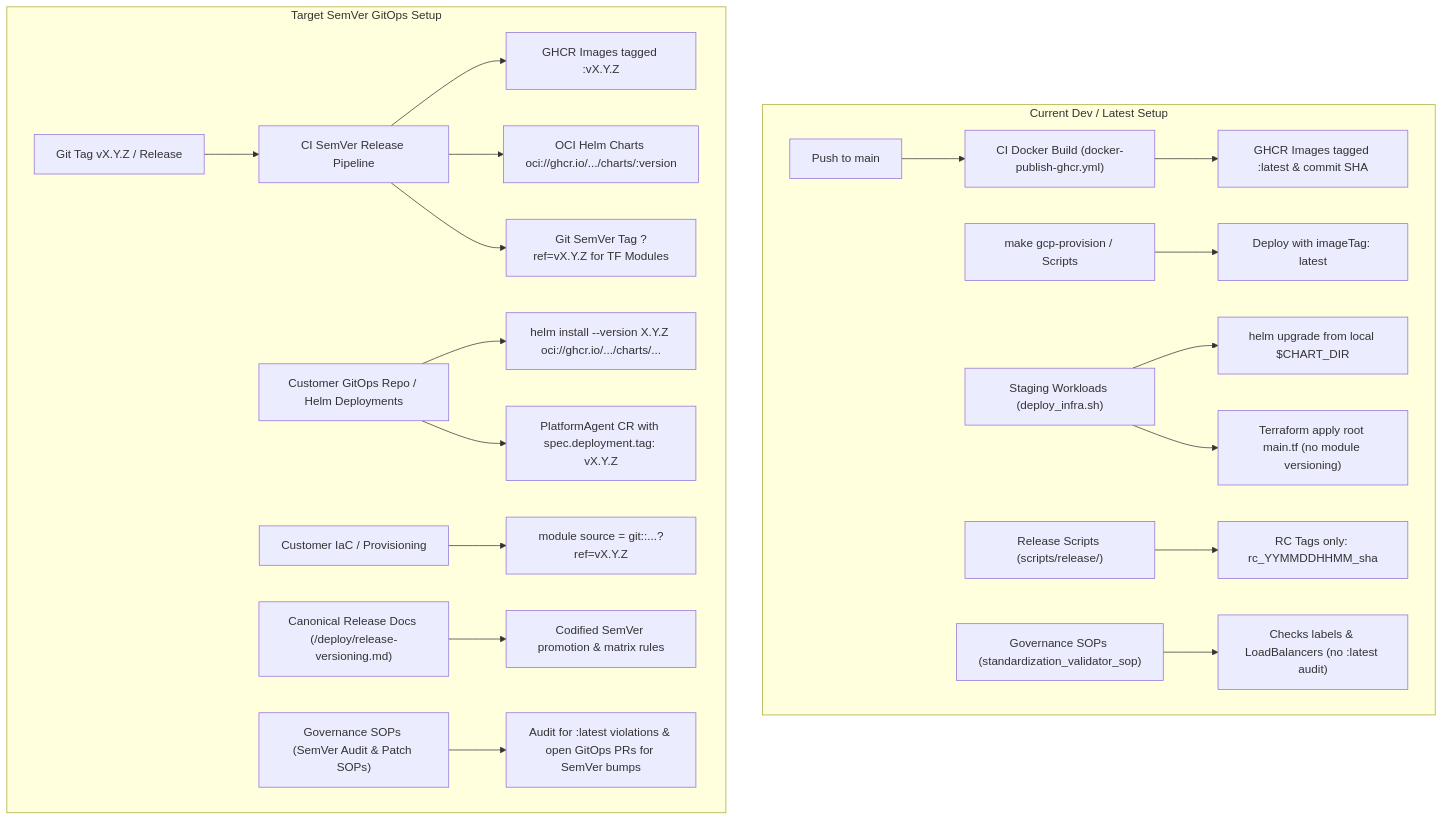
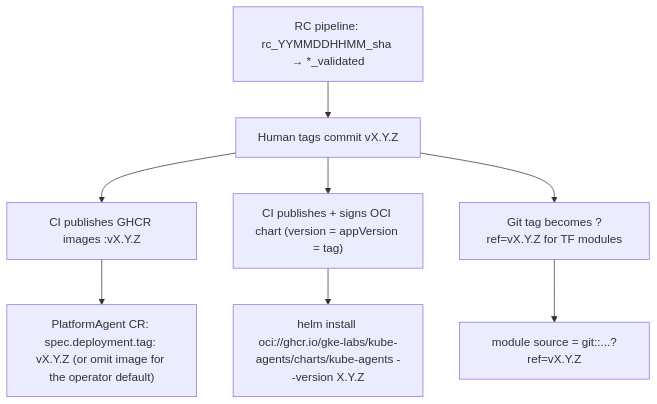
The diagram in docs/designs/semver-deployment-versioning.md (AntonTyb/kube-agents), drawn with Mermaid before and after one commit. The commit also changed other lines of this file and 6 other files, not shown here.

````diff
--- a/docs/designs/semver-deployment-versioning.md
+++ b/docs/designs/semver-deployment-versioning.md
@@ -51,26 +51,10 @@
 ```mermaid
 graph TD
-    subgraph Current_Dev_Deployment ["Current Dev / Latest Setup"]
-        A1[Push to main] --> B1["CI Docker Build (docker-publish-ghcr.yml)"]
-        B1 --> C1["GHCR Images tagged :latest & commit SHA"]
-        D1["make gcp-provision / Scripts"] --> E1["Deploy with imageTag: latest"]
-        F1["Staging Workloads (deploy_infra.sh)"] --> G1["helm upgrade from local $CHART_DIR"]
-        F1 --> H1["Terraform apply root main.tf (no module versioning)"]
-        K1["Release Scripts (scripts/release/)"] --> L1["RC Tags only: rc_YYMMDDHHMM_sha"]
-        M1["Governance SOPs (standardization_validator_sop)"] --> N1["Checks labels & LoadBalancers (no :latest audit)"]
-    end
-
-    subgraph SemVer_Target_Deployment ["Target SemVer GitOps Setup"]
-        A2["Git Tag vX.Y.Z / Release"] --> B2["CI SemVer Release Pipeline"]
-        B2 --> C2["GHCR Images tagged :vX.Y.Z"]
-        B2 --> D2["OCI Helm Charts oci://ghcr.io/.../charts/:version"]
-        B2 --> E2["Git SemVer Tag ?ref=vX.Y.Z for TF Modules"]
-
-        F2["Customer GitOps Repo / Helm Deployments"] --> G2["helm install --version X.Y.Z oci://ghcr.io/.../charts/..."]
-        F2 --> H2["PlatformAgent CR with spec.deployment.tag: vX.Y.Z"]
-        I2["Customer IaC / Provisioning"] --> J2["module source = git::...?ref=vX.Y.Z"]
-
-        K2["Canonical Release Docs (/deploy/release-versioning.md)"] --> L2["Codified SemVer promotion & matrix rules"]
-        M2["Governance SOPs (SemVer Audit & Patch SOPs)"] --> N2["Audit for :latest violations & open GitOps PRs for SemVer bumps"]
-    end
+    A["RC pipeline: rc_YYMMDDHHMM_sha → *_validated"] --> B["Human tags commit vX.Y.Z"]
+    B --> C["CI publishes GHCR images :vX.Y.Z"]
+    B --> D["CI publishes + signs OCI chart (version = appVersion = tag)"]
+    B --> E["Git tag becomes ?ref=vX.Y.Z for TF modules"]
+    C --> F["PlatformAgent CR: spec.deployment.tag: vX.Y.Z (or omit image for the operator default)"]
+    D --> G["helm install oci://ghcr.io/gke-labs/kube-agents/charts/kube-agents --version X.Y.Z"]
+    E --> H["module source = git::...?ref=vX.Y.Z"]
 ```
````
